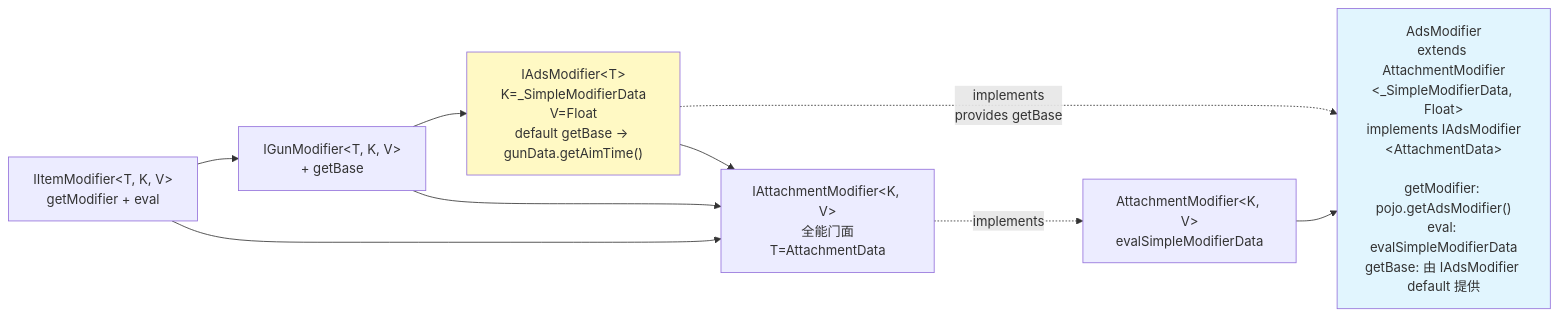
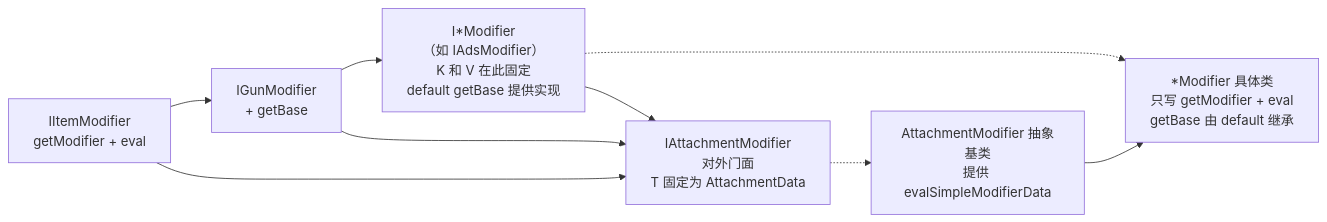
The sixth of 6 diagrams in docs/architecture/core/entity/shooter/modifier/design-evolution.md (XColorful/Custom-Gun-Continued), drawn with Mermaid before and after one commit. The commit also changed other lines of this file and 11 other files, not shown here.

````diff
--- a/docs/architecture/core/entity/shooter/modifier/design-evolution.md
+++ b/docs/architecture/core/entity/shooter/modifier/design-evolution.md
@@ -136,14 +108,18 @@
 ```mermaid
-graph LR
-    IIM["IItemModifier&lt;T, K, V&gt;<br/>getModifier + eval"] --> IGM["IGunModifier&lt;T, K, V&gt;<br/>+ getBase"]
-    IGM --> IAds["IAdsModifier&lt;T&gt;<br/>K=_SimpleModifierData<br/>V=Float<br/>default getBase → gunData.getAimTime()"]
-    IAds --> IAM
-    IGM --> IAM["IAttachmentModifier&lt;K, V&gt;<br/>全能门面<br/>T=AttachmentData"]
+flowchart LR
+    IIM["IItemModifier<br/>getModifier + eval"]
+    IGM["IGunModifier<br/>+ getBase"]
+    I_STAR["I*Modifier<br/>（如 IAdsModifier）<br/>K 和 V 在此固定<br/>default getBase 提供实现"]
+    IAM["IAttachmentModifier<br/>对外门面<br/>T 固定为 AttachmentData"]
+    BASE["AttachmentModifier 抽象基类<br/>提供 evalSimpleModifierData"]
+    CONCRETE["*Modifier 具体类<br/>只写 getModifier + eval<br/>getBase 由 default 继承"]
+
+    IIM --> IGM
+    IGM --> I_STAR
+    I_STAR --> IAM
+    IGM --> IAM
     IIM --> IAM
-    IAM -.->|"implements"| AM["AttachmentModifier&lt;K, V&gt;<br/>evalSimpleModifierData"]
-    IAds -.->|"implements<br/>provides getBase"| AdM
-    AM --> AdM["AdsModifier<br/>extends AttachmentModifier<br/>&lt;_SimpleModifierData, Float&gt;<br/>implements IAdsModifier<br/>&lt;AttachmentData&gt;<br/><br/>getModifier: pojo.getAdsModifier()<br/>eval: evalSimpleModifierData<br/>getBase: 由 IAdsModifier default 提供"]
-
-    style IAds fill:#fff9c4
-    style AdM fill:#e1f5fe
+    IAM -.-> BASE
+    I_STAR -.-> CONCRETE
+    BASE --> CONCRETE
 ```
````
